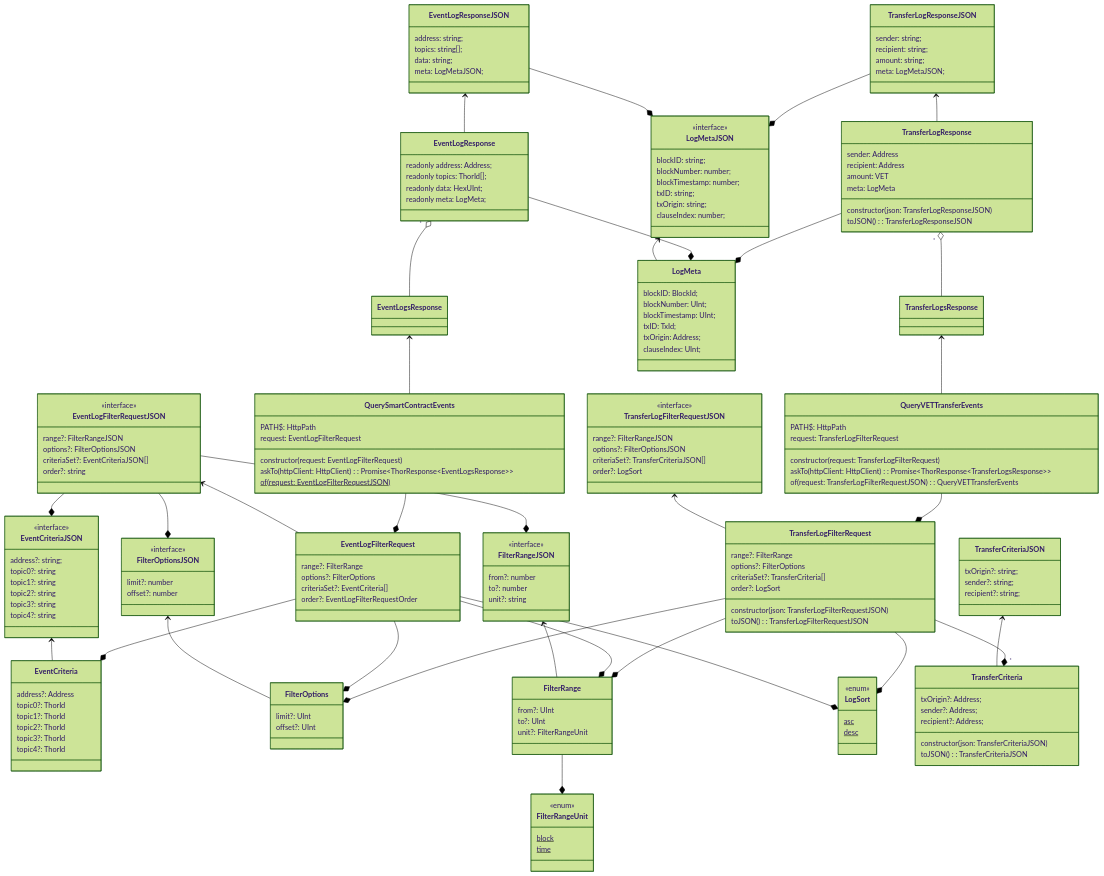
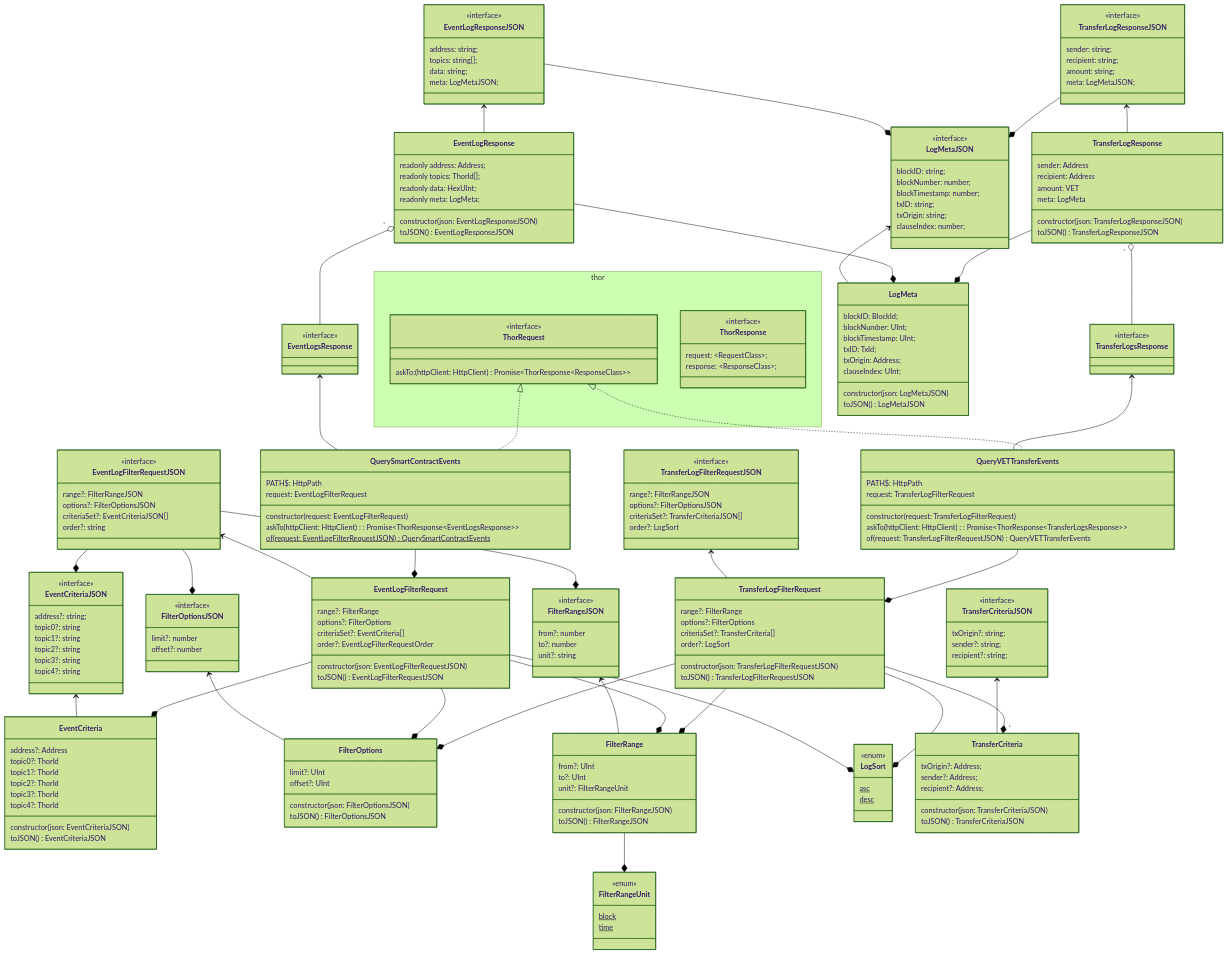
Before and after one commit to vechain/vechain-sdk-js: the diagram in docs/diagrams/v2/net/thor/logs/logs.md, drawn with Mermaid (forest theme).

Commit message:
feat: 1484 log in dev...

```diff
--- a/docs/diagrams/v2/net/thor/logs/logs.md
+++ b/docs/diagrams/v2/net/thor/logs/logs.md
@@ -7,6 +7,8 @@
         topic2?: ThorId
         topic3?: ThorId
         topic4?: ThorId
+        constructor(json: EventCriteriaJSON)
+        toJSON() EventCriteriaJSON
     }
     class EventCriteriaJSON {
         <<interface>>
@@ -22,6 +24,8 @@
         options?: FilterOptions
         criteriaSet?: EventCriteria[]
         order?: EventLogFilterRequestOrder
+        constructor(json: EventLogFilterRequestJSON)
+        toJSON() EventLogFilterRequestJSON
     }
     class EventLogFilterRequestJSON {
         <<interface>>
@@ -35,18 +39,24 @@
         readonly topics: ThorId[];
         readonly data: HexUInt;
         readonly meta: LogMeta;
+        constructor(json: EventLogResponseJSON)
+        toJSON() EventLogResponseJSON
     }
     class EventLogResponseJSON {
+        <<interface>>
         address: string;
         topics: string[];
         data: string;
         meta: LogMetaJSON;
     }
     class EventLogsResponse {
+        <<interface>>
     }
     class FilterOptions {
         limit?: UInt
         offset?: UInt
+        constructor(json: FilterOptionsJSON)
+        toJSON() FilterOptionsJSON
     }
     class FilterOptionsJSON {
         <<interface>>
@@ -57,6 +67,8 @@
         from?: UInt
         to?: UInt
         unit?: FilterRangeUnit
+        constructor(json: FilterRangeJSON)
+        toJSON() FilterRangeJSON
     }
     class FilterRangeJSON {
         <<interface>>
@@ -76,6 +88,8 @@
         txID: TxId;
         txOrigin: Address;
         clauseIndex: UInt;
+        constructor(json: LogMetaJSON)
+        toJSON() LogMetaJSON
     }
     class LogMetaJSON {
         <<interface>>
@@ -96,23 +110,24 @@
         request: EventLogFilterRequest
         constructor(request: EventLogFilterRequest)
         askTo(httpClient: HttpClient): Promise~ThorResponse~EventLogsResponse~~
-        of(request: EventLogFilterRequestJSON)$
+        of(request: EventLogFilterRequestJSON)$ QuerySmartContractEvents
     }
     class QueryVETTransferEvents {
         PATH$: HttpPath
         request: TransferLogFilterRequest
         constructor(request: TransferLogFilterRequest)
         askTo(httpClient: HttpClient): Promise~ThorResponse~TransferLogsResponse~~
-        of(request: TransferLogFilterRequestJSON): QueryVETTransferEvents
+        of(request: TransferLogFilterRequestJSON) QueryVETTransferEvents
     }
     class TransferCriteria {
         txOrigin?: Address;
         sender?: Address;
         recipient?: Address;
         constructor(json: TransferCriteriaJSON)
-        toJSON(): TransferCriteriaJSON
+        toJSON() TransferCriteriaJSON
     }
     class TransferCriteriaJSON {
+        <<interface>>
         txOrigin?: string;
         sender?: string;
         recipient?: string;
@@ -123,7 +138,7 @@
         criteriaSet?: TransferCriteria[]
         order?: LogSort
         constructor(json: TransferLogFilterRequestJSON)
-        toJSON(): TransferLogFilterRequestJSON
+        toJSON() TransferLogFilterRequestJSON
     }
     class TransferLogFilterRequestJSON {
         <<interface>>
@@ -138,15 +153,28 @@
         amount: VET
         meta: LogMeta
         constructor(json: TransferLogResponseJSON)
-        toJSON(): TransferLogResponseJSON
+        toJSON() TransferLogResponseJSON
     }
     class TransferLogResponseJSON {
+        <<interface>>
         sender: string;
         recipient: string;
         amount: string;
         meta: LogMetaJSON;
     }
     class TransferLogsResponse {
+        <<interface>>
+    }
+    namespace thor {
+        class ThorRequest {
+            <<interface>>
+            askTo: (httpClient: HttpClient) Promise~ThorResponse~ResponseClass~~
+        }
+        class ThorResponse {
+            <<interface>>
+            request: ~RequestClass~;
+            response: ~ResponseClass~;
+        }
     }
     EventCriteriaJSON <-- EventCriteria
     EventLogFilterRequestJSON <-- EventLogFilterRequest
@@ -159,6 +187,8 @@
     TransferLogFilterRequestJSON <-- TransferLogFilterRequest
     TransferLogResponseJSON <-- TransferLogResponse
     TransferLogsResponse <-- QueryVETTransferEvents
+    ThorRequest <|.. QuerySmartContractEvents
+    ThorRequest <|.. QueryVETTransferEvents
     EventLogResponse "*" o-- EventLogsResponse
     TransferLogResponse "*" o-- TransferLogsResponse
     EventLogFilterRequest --* FilterRange
```
